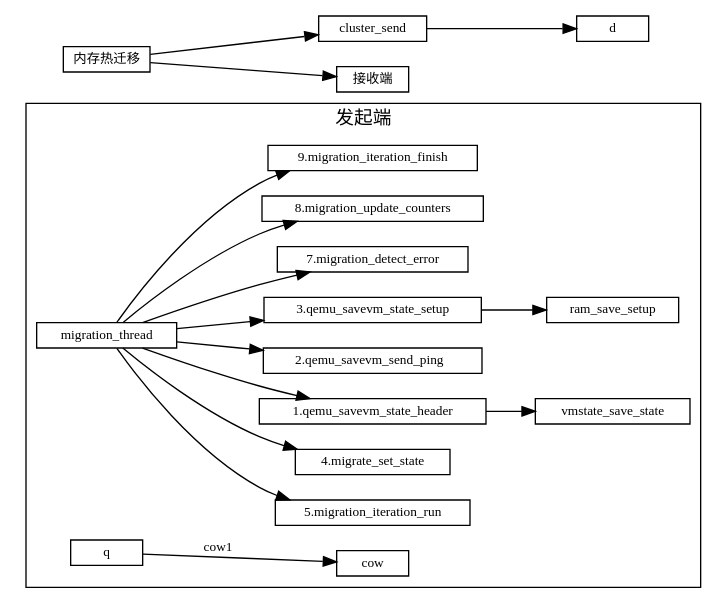
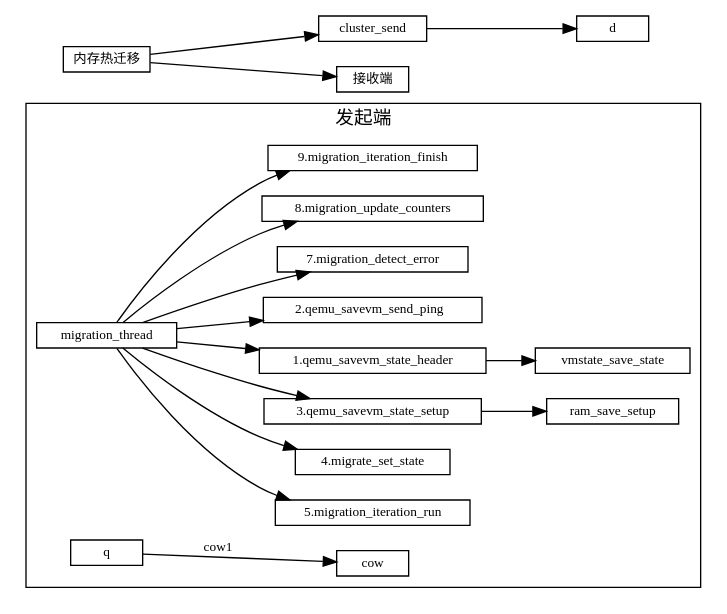
Before and after one commit to sisyphus1212/note: the diagram in 虚拟化/热迁移/1-内存热迁移.md, drawn with Graphviz.

Commit message:
auto_update

````diff
--- a/虚拟化/热迁移/1-内存热迁移.md
+++ b/虚拟化/热迁移/1-内存热迁移.md
@@ -11,36 +11,37 @@
 ```graphviz
 digraph {
 fontname="Helvetica,Arial,sans-serif"
 //node [fontname="Helvetica,Arial,sans-serif"]
 //edge [fontname="Helvetica,Arial,sans-serif"]
 rankdir="LR"
 node [fontsize=10, shape=record, height=0.25]
 edge [fontsize=10]
 
   subgraph send {
     cluster=true;
     label="发起端";
-    migration_iteration_run[label="5.migration_iteration_run"]
+    migration_iteration_run[label="5.migration_iteration_run"];
     migrate_set_state[label="4.migrate_set_state"];
+    "3.qemu_savevm_state_setup"
     migration_thread -> "1.qemu_savevm_state_header"
                      -> vmstate_save_state;
     migration_thread -> "2.qemu_savevm_send_ping  ";
     migration_thread -> "3.qemu_savevm_state_setup"
                      ->   ram_save_setup;
     migration_thread ->  migrate_set_state;
     migration_thread ->  migration_iteration_run;
 
     migration_thread ->  "7.migration_detect_error";
     migration_thread ->  "8.migration_update_counters";
     migration_thread ->  "9.migration_iteration_finish";
 
     q -> cow[label="cow1"];
   }
 
 内存热迁移 [label="内存热迁移"]
 内存热迁移 -> cluster_send
            -> d
 
 内存热迁移 -> 接收端
 }
 ```
````
